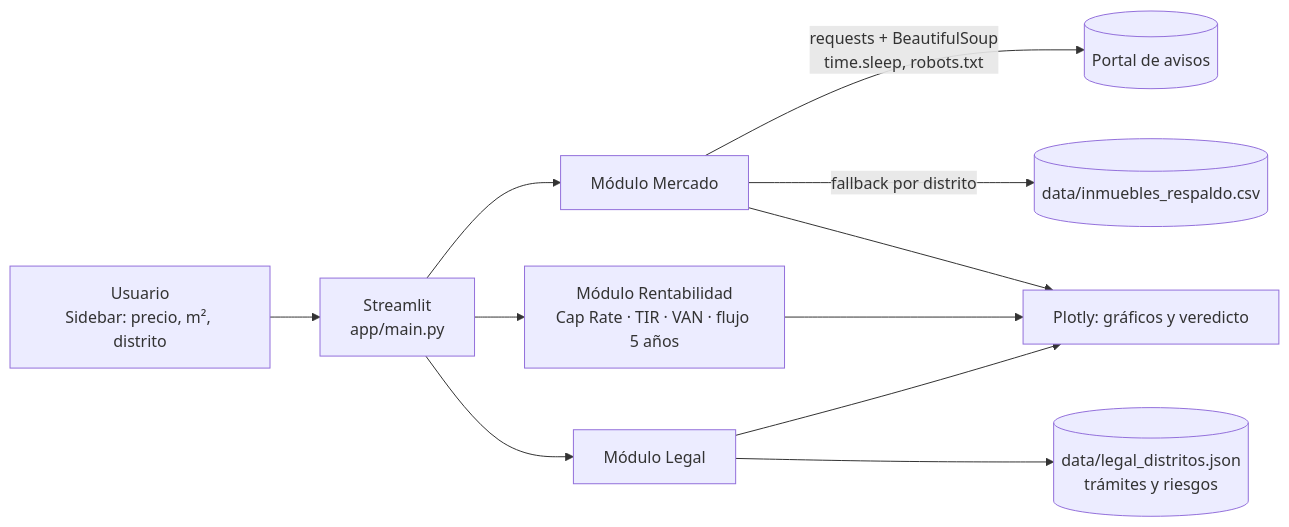
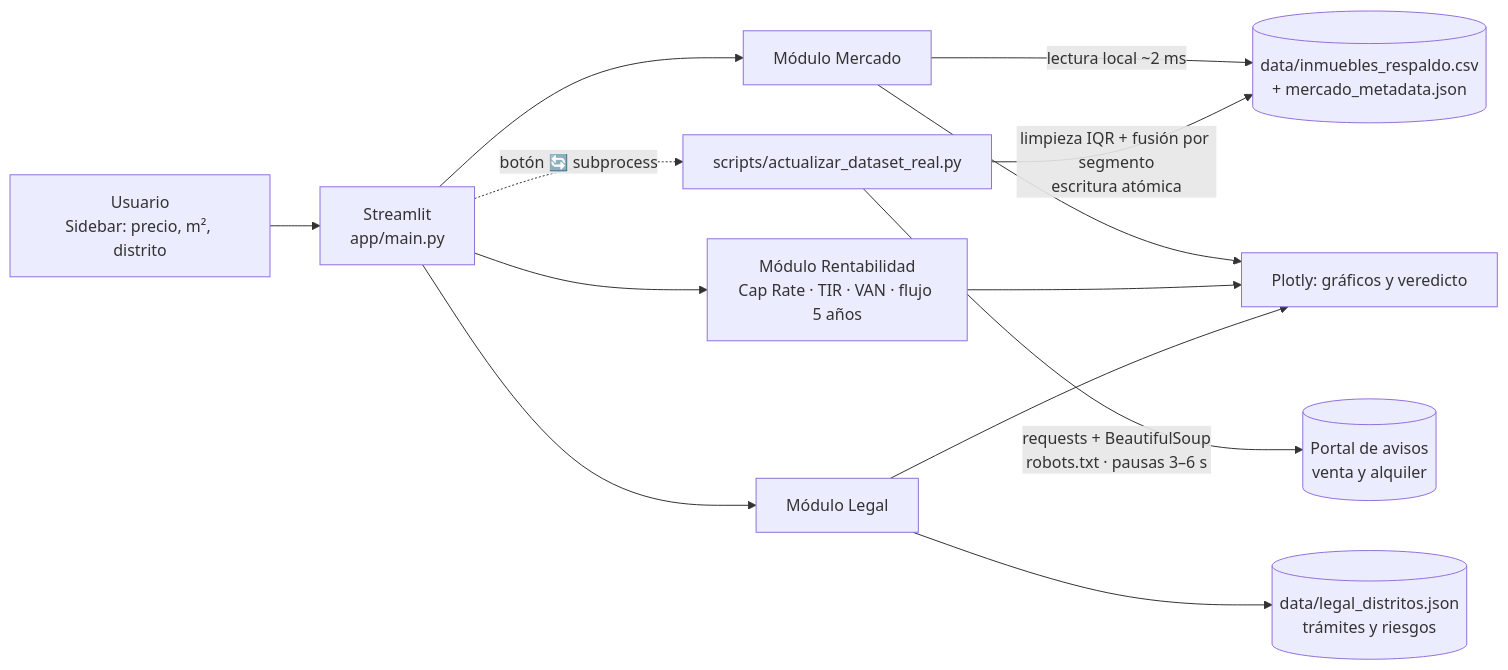
Before and after one commit to Zoca-1/evi-ia: the diagram in README.md, drawn with Mermaid. The commit also changed other lines of this file and 9 other files, not shown here.

First line of the commit message:
feat: actualizador de mercado en segundo plano con scraping responsable y dataset local real

````diff
--- a/README.md
+++ b/README.md
@@ -67,11 +72,13 @@
 ```mermaid
 flowchart LR
     U[Usuario<br/>Sidebar: precio, m², distrito] --> APP[Streamlit<br/>app/main.py]
     APP --> M1[Módulo Mercado]
-    M1 -- requests + BeautifulSoup<br/>time.sleep, robots.txt --> P[(Portal de avisos)]
-    M1 -- fallback por distrito --> CSV[(data/inmuebles_respaldo.csv)]
+    M1 -- lectura local ~2 ms --> CSV[(data/inmuebles_respaldo.csv<br/>+ mercado_metadata.json)]
+    APP -. botón 🔄 subprocess .-> S[scripts/actualizar_dataset_real.py]
+    S -- requests + BeautifulSoup<br/>robots.txt · pausas 3–6 s --> P[(Portal de avisos<br/>venta y alquiler)]
+    S -- limpieza IQR + fusión por segmento<br/>escritura atómica --> CSV
     APP --> M2[Módulo Rentabilidad<br/>Cap Rate · TIR · VAN · flujo 5 años]
     APP --> M3[Módulo Legal]
     M3 --> J[(data/legal_distritos.json<br/>trámites y riesgos)]
     M1 & M2 & M3 --> V[Plotly: gráficos y veredicto]
 ```
````
